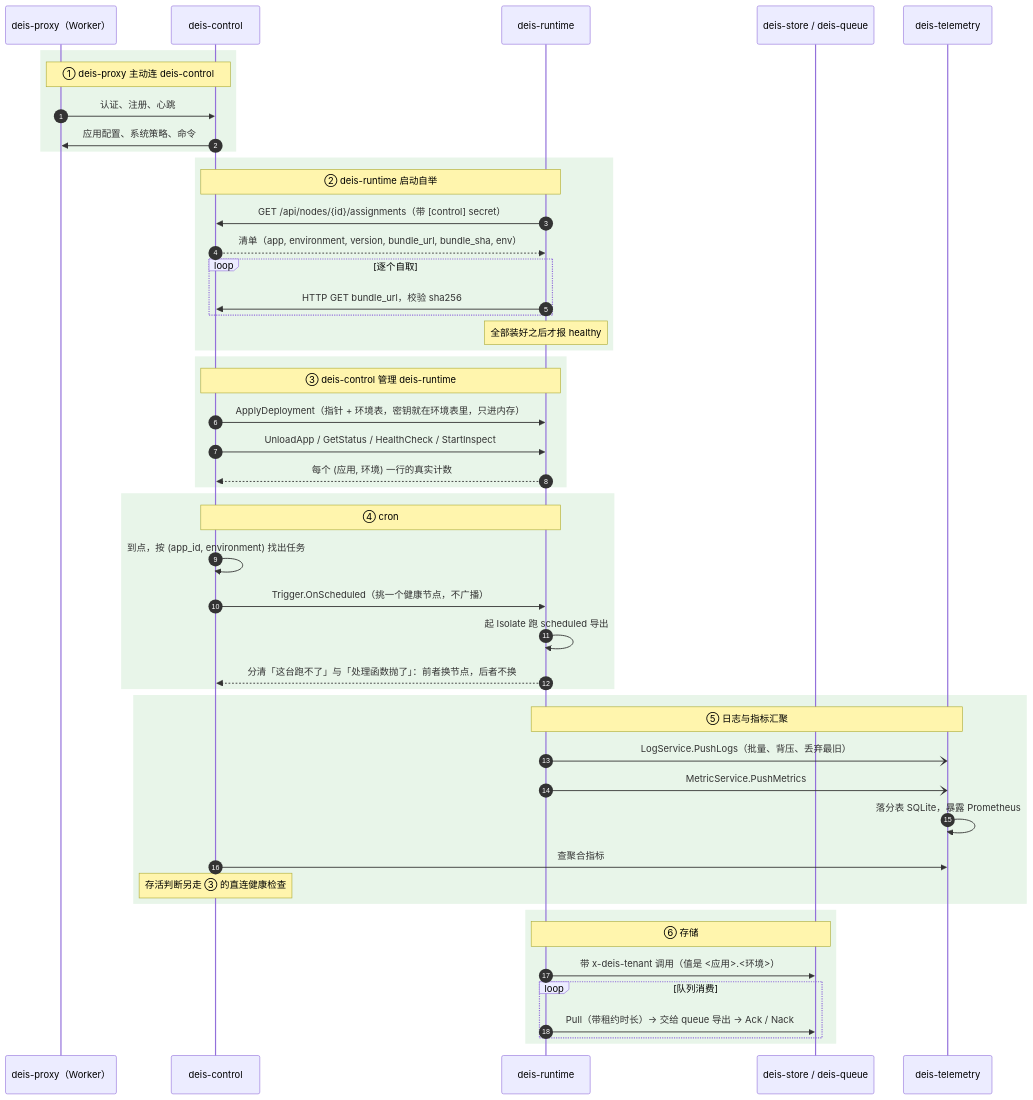
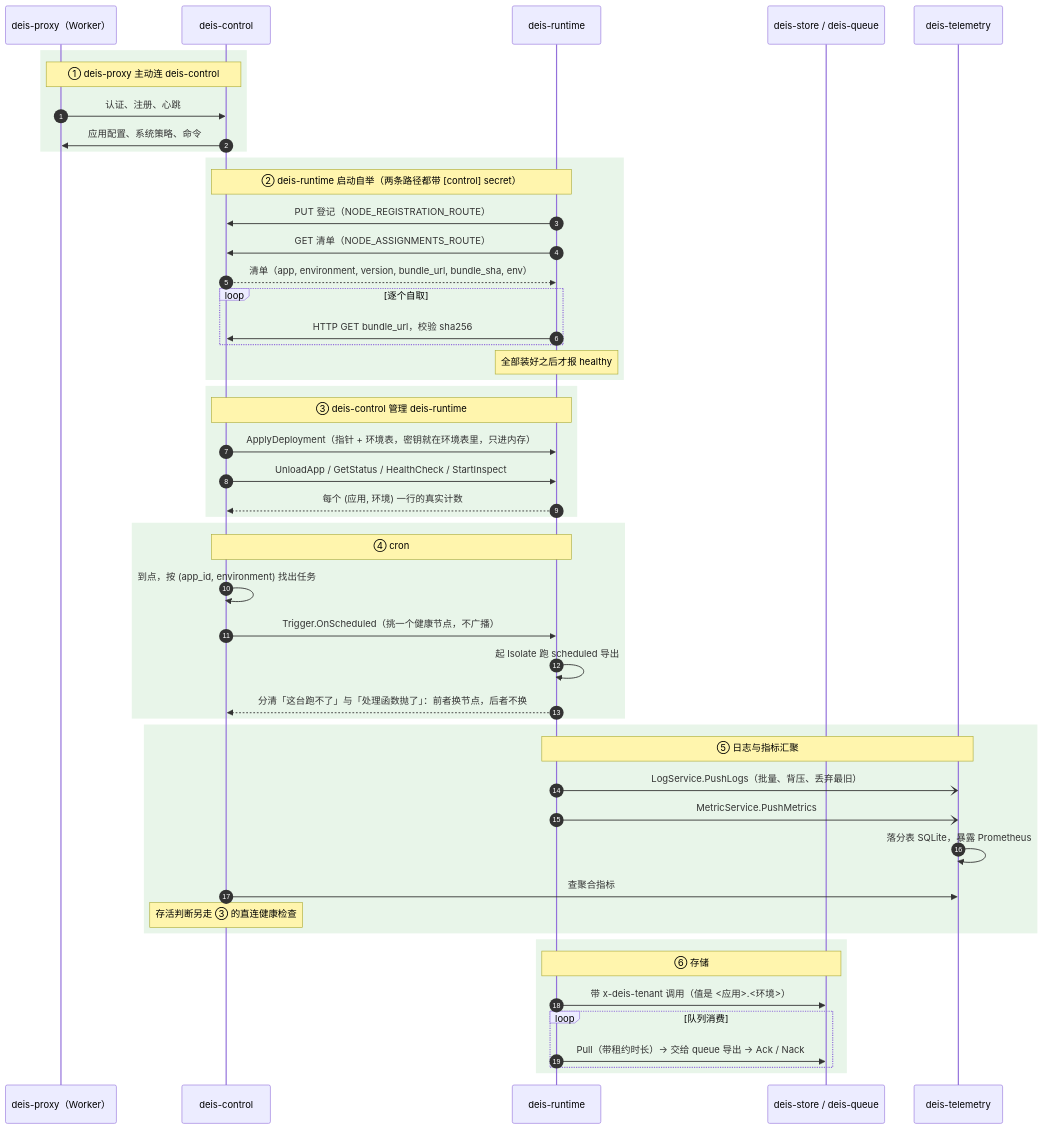
One commit to deislet/deislet changed the fifth of 6 diagrams in docs/architecture.zh.md. Above: the diagram before and after it, drawn with Mermaid. The commit also changed other lines of this file and 240 other files, not shown here.

````diff
--- a/docs/architecture.zh.md
+++ b/docs/architecture.zh.md
@@ -312,57 +318,58 @@
 ```mermaid
 sequenceDiagram
     autonumber
     participant F as deis-proxy（Worker）
     participant R as deis-control
     participant X as deis-runtime
     participant D as deis-store / deis-queue
     participant L as deis-telemetry
 
     rect rgb(232, 245, 233)
     Note over F,R: ① deis-proxy 主动连 deis-control
     F->>R: 认证、注册、心跳
     R->>F: 应用配置、系统策略、命令
     end
 
     rect rgb(232, 245, 233)
-    Note over X,R: ② deis-runtime 启动自举
-    X->>R: GET /api/nodes/{id}/assignments（带 [control] secret）
+    Note over X,R: ② deis-runtime 启动自举（两条路径都带 [control] secret）
+    X->>R: PUT 登记（NODE_REGISTRATION_ROUTE）
+    X->>R: GET 清单（NODE_ASSIGNMENTS_ROUTE）
     R-->>X: 清单（app, environment, version, bundle_url, bundle_sha, env）
     loop 逐个自取
         X->>R: HTTP GET bundle_url，校验 sha256
     end
     Note over X: 全部装好之后才报 healthy
     end
 
     rect rgb(232, 245, 233)
     Note over R,X: ③ deis-control 管理 deis-runtime
     R->>X: ApplyDeployment（指针 + 环境表，密钥就在环境表里，只进内存）
     R->>X: UnloadApp / GetStatus / HealthCheck / StartInspect
     X-->>R: 每个 (应用, 环境) 一行的真实计数
     end
 
     rect rgb(232, 245, 233)
     Note over R,X: ④ cron
     R->>R: 到点，按 (app_id, environment) 找出任务
     R->>X: Trigger.OnScheduled（挑一个健康节点，不广播）
     X->>X: 起 Isolate 跑 scheduled 导出
     X-->>R: 分清「这台跑不了」与「处理函数抛了」：前者换节点，后者不换
     end
 
     rect rgb(232, 245, 233)
     Note over X,L: ⑤ 日志与指标汇聚
     X-)L: LogService.PushLogs（批量、背压、丢弃最旧）
     X-)L: MetricService.PushMetrics
     L->>L: 落分表 SQLite，暴露 Prometheus
     R->>L: 查聚合指标
     Note over R: 存活判断另走 ③ 的直连健康检查
     end
 
     rect rgb(232, 245, 233)
     Note over X,D: ⑥ 存储
     X->>D: 带 x-deis-tenant 调用（值是 <应用>.<环境>）
     loop 队列消费
         X->>D: Pull（带租约时长）→ 交给 queue 导出 → Ack / Nack
     end
     end
 ```
````
